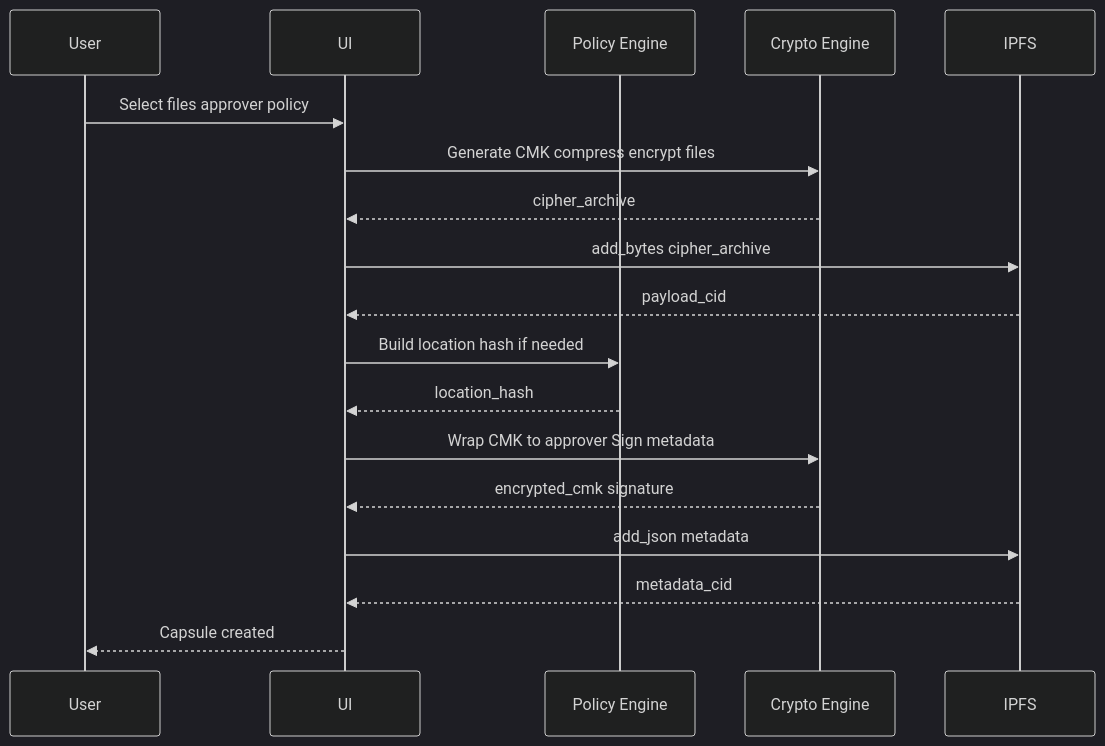
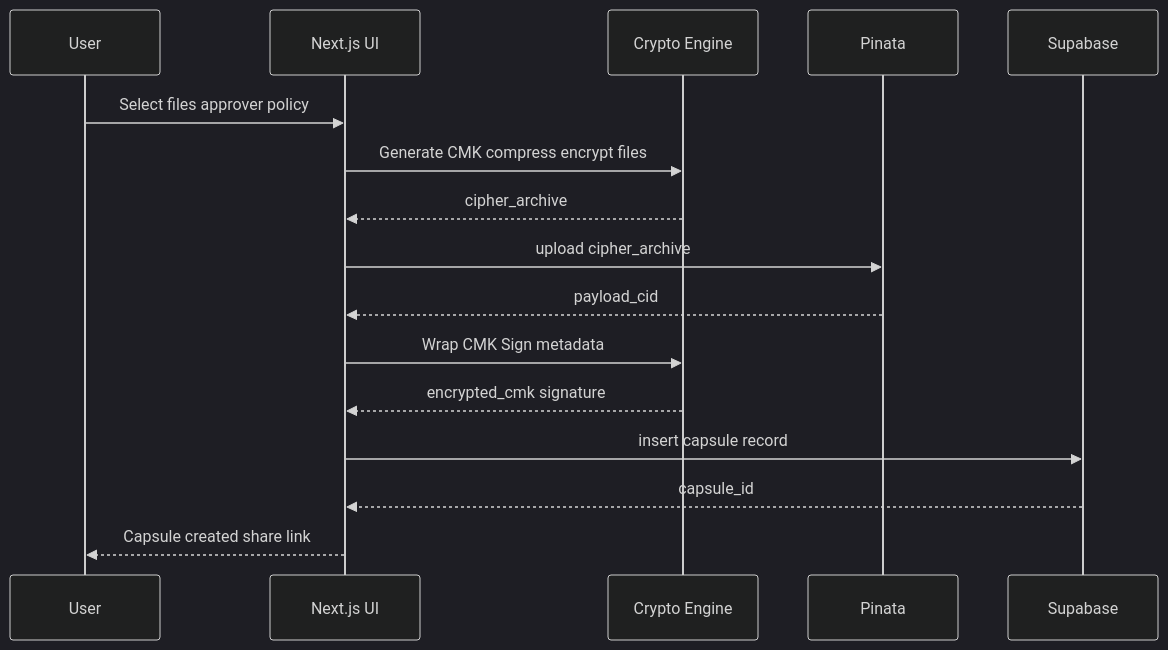
Before and after one commit to Teycir/TrustCircle: the fifth of 6 diagrams in Readme.md, drawn with Mermaid (dark theme). The commit also changed other lines of this file and 14 other files, not shown here.

First line of the commit message:
feat: update to web-based TrustCircle Lite with Next.js, Supabase, and Pinata

````diff
--- a/Readme.md
+++ b/Readme.md
@@ -417,20 +443,18 @@
 ```mermaid
 sequenceDiagram
   participant U as User
-  participant UI as UI
-  participant POL as Policy Engine
+  participant UI as Next.js UI
   participant ENC as Crypto Engine
-  participant IP as IPFS
+  participant PIN as Pinata
+  participant SB as Supabase
   U->>UI: Select files approver policy
   UI->>ENC: Generate CMK compress encrypt files
   ENC-->>UI: cipher_archive
-  UI->>IP: add_bytes cipher_archive
-  IP-->>UI: payload_cid
-  UI->>POL: Build location hash if needed
-  POL-->>UI: location_hash
-  UI->>ENC: Wrap CMK to approver Sign metadata
+  UI->>PIN: upload cipher_archive
+  PIN-->>UI: payload_cid
+  UI->>ENC: Wrap CMK Sign metadata
   ENC-->>UI: encrypted_cmk signature
-  UI->>IP: add_json metadata
-  IP-->>UI: metadata_cid
-  UI-->>U: Capsule created
+  UI->>SB: insert capsule record
+  SB-->>UI: capsule_id
+  UI-->>U: Capsule created share link
 ```
````
